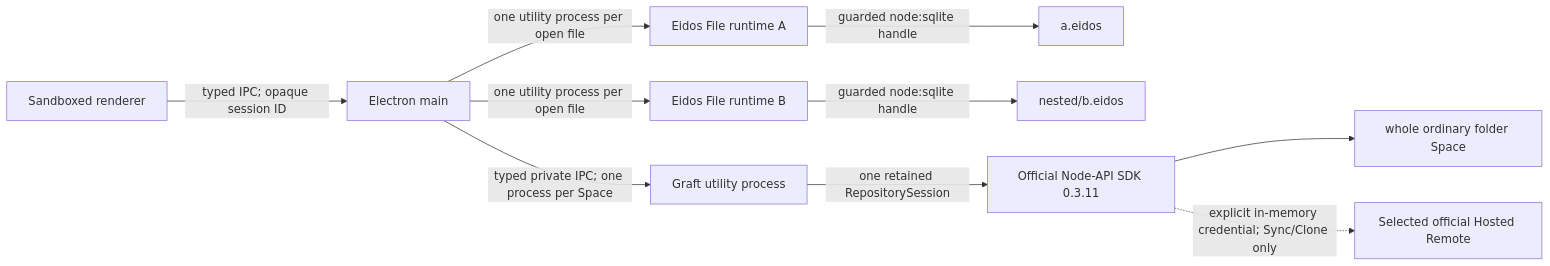
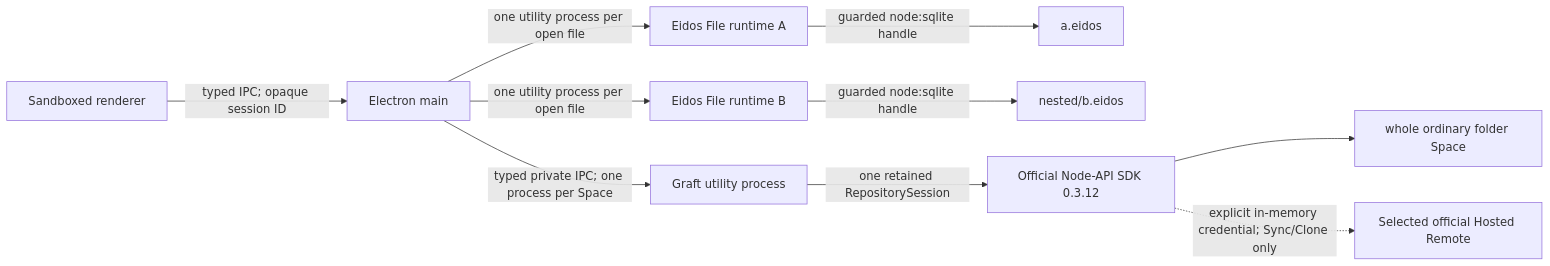
Before and after one commit to mayneyao/eidos: the first of 3 diagrams in apps/eidos-lite-desktop/docs/ARCHITECTURE.md, drawn with Mermaid. The commit also changed other lines of this file and 11 other files, not shown here.

````diff
--- a/apps/eidos-lite-desktop/docs/ARCHITECTURE.md
+++ b/apps/eidos-lite-desktop/docs/ARCHITECTURE.md
@@ -58,12 +58,12 @@
 ```mermaid
 flowchart LR
   R["Sandboxed renderer"] -->|"typed IPC; opaque session ID"| M["Electron main"]
   M -->|"one utility process per open file"| F1["Eidos File runtime A"]
   M -->|"one utility process per open file"| F2["Eidos File runtime B"]
   F1 -->|"guarded node:sqlite handle"| E1["a.eidos"]
   F2 -->|"guarded node:sqlite handle"| E2["nested/b.eidos"]
   M -->|"typed private IPC; one process per Space"| G["Graft utility process"]
-  G -->|"one retained RepositorySession"| N["Official Node-API SDK 0.3.11"]
+  G -->|"one retained RepositorySession"| N["Official Node-API SDK 0.3.12"]
   N --> S["whole ordinary folder Space"]
   N -. "explicit in-memory credential; Sync/Clone only" .-> H["Selected official Hosted Remote"]
 ```
````
